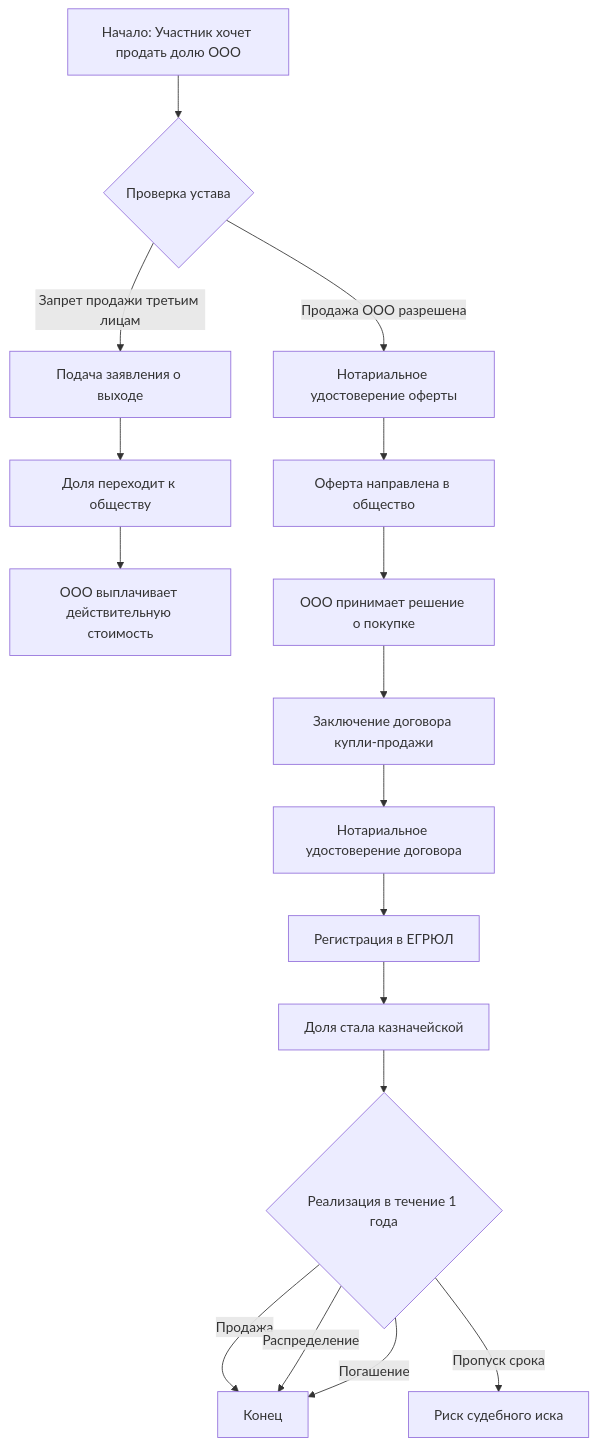
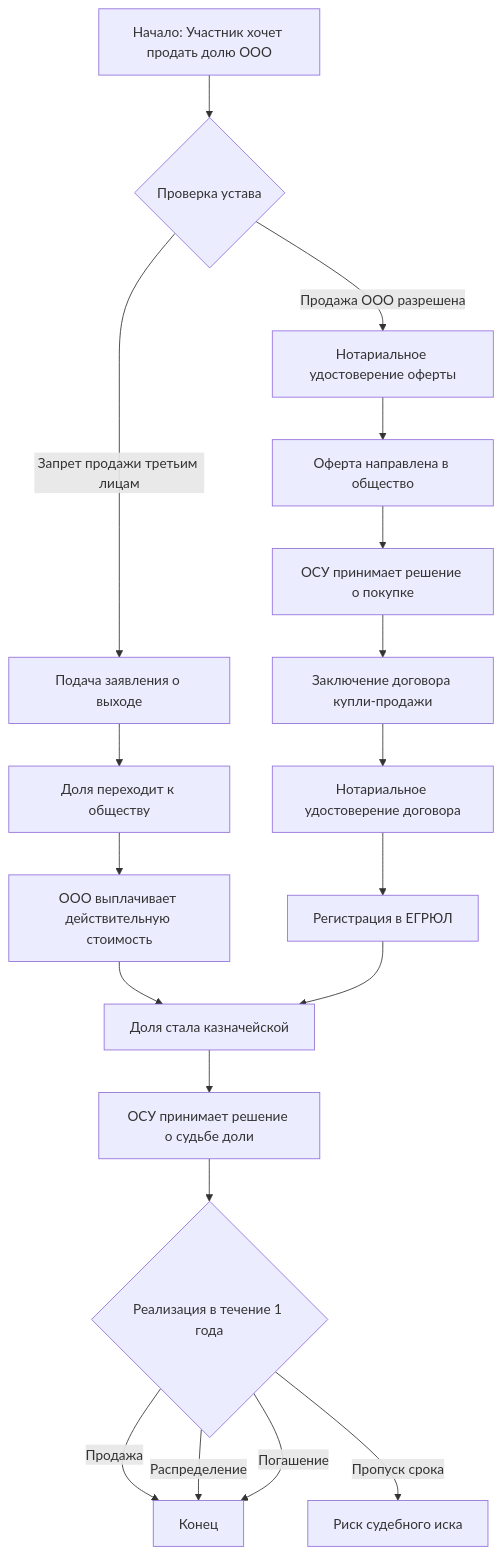
Before and after one commit to arsenyuk/SamorodinkaTech.Fiducia: the first of 4 diagrams in docs/business-processes/llc-share-purchase-sale.md, drawn with Mermaid. The commit also changed other lines of this file and 1 other file, not shown here.

Commit message:
docs(llc): добавить решение ОСУ в схему продажи доли обществу; docs/README.md с индексом документации

````diff
--- a/docs/business-processes/llc-share-purchase-sale.md
+++ b/docs/business-processes/llc-share-purchase-sale.md
@@ -119,19 +119,21 @@
 ```mermaid
 flowchart TD
     A["Начало: Участник хочет продать долю ООО"] --> B{Проверка устава}
     B -->|"Запрет продажи третьим лицам"| C["Подача заявления о выходе"]
     C --> D["Доля переходит к обществу"]
     D --> E["ООО выплачивает действительную стоимость"]
+    E --> L["Доля стала казначейской"]
     B -->|"Продажа ООО разрешена"| F["Нотариальное удостоверение оферты"]
     F --> G["Оферта направлена в общество"]
-    G --> H["ООО принимает решение о покупке"]
+    G --> H["ОСУ принимает решение о покупке"]
     H --> I["Заключение договора купли-продажи"]
     I --> J["Нотариальное удостоверение договора"]
     J --> K["Регистрация в ЕГРЮЛ"]
-    K --> L["Доля стала казначейской"]
-    L --> M{Реализация в течение 1 года}
-    M -->|Продажа| N["Конец"]
-    M -->|Распределение| N
-    M -->|Погашение| N
-    M -->|"Пропуск срока"| O["Риск судебного иска"]
+    K --> L
+    L --> M["ОСУ принимает решение о судьбе доли"]
+    M --> N{Реализация в течение 1 года}
+    N -->|Продажа| O["Конец"]
+    N -->|Распределение| O
+    N -->|Погашение| O
+    N -->|"Пропуск срока"| P["Риск судебного иска"]
 ```
````
